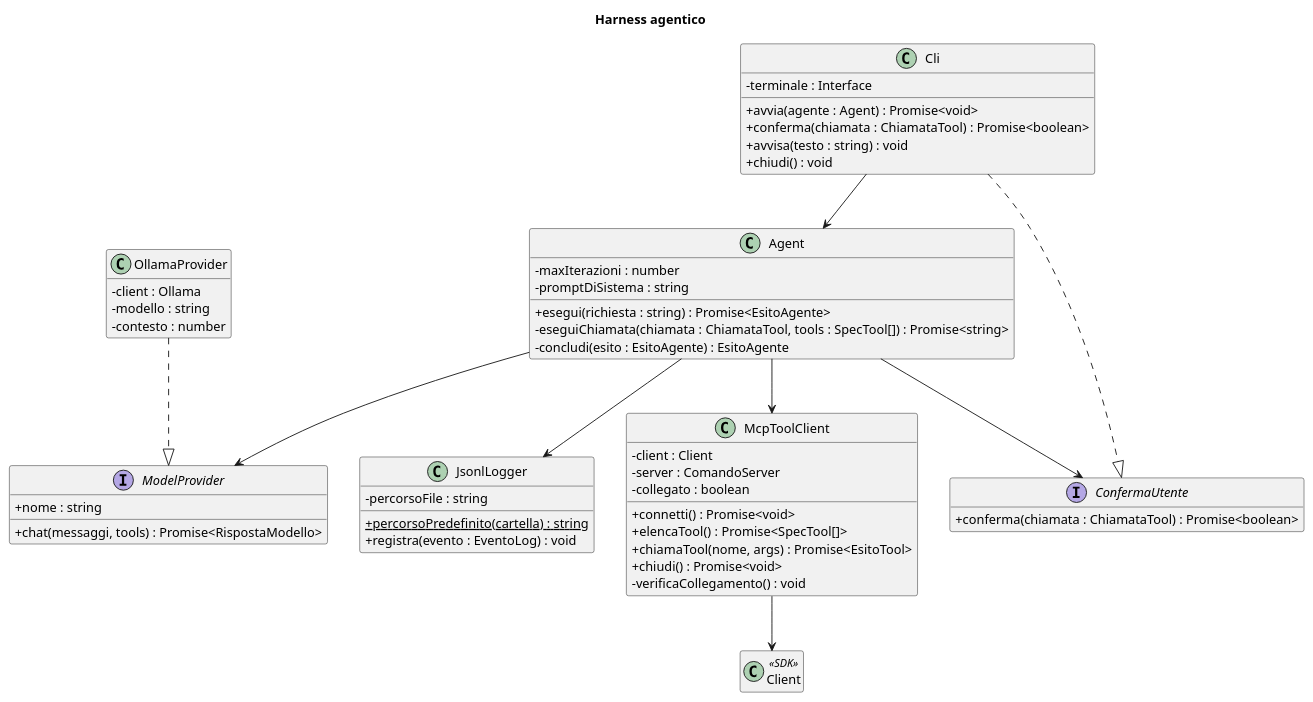
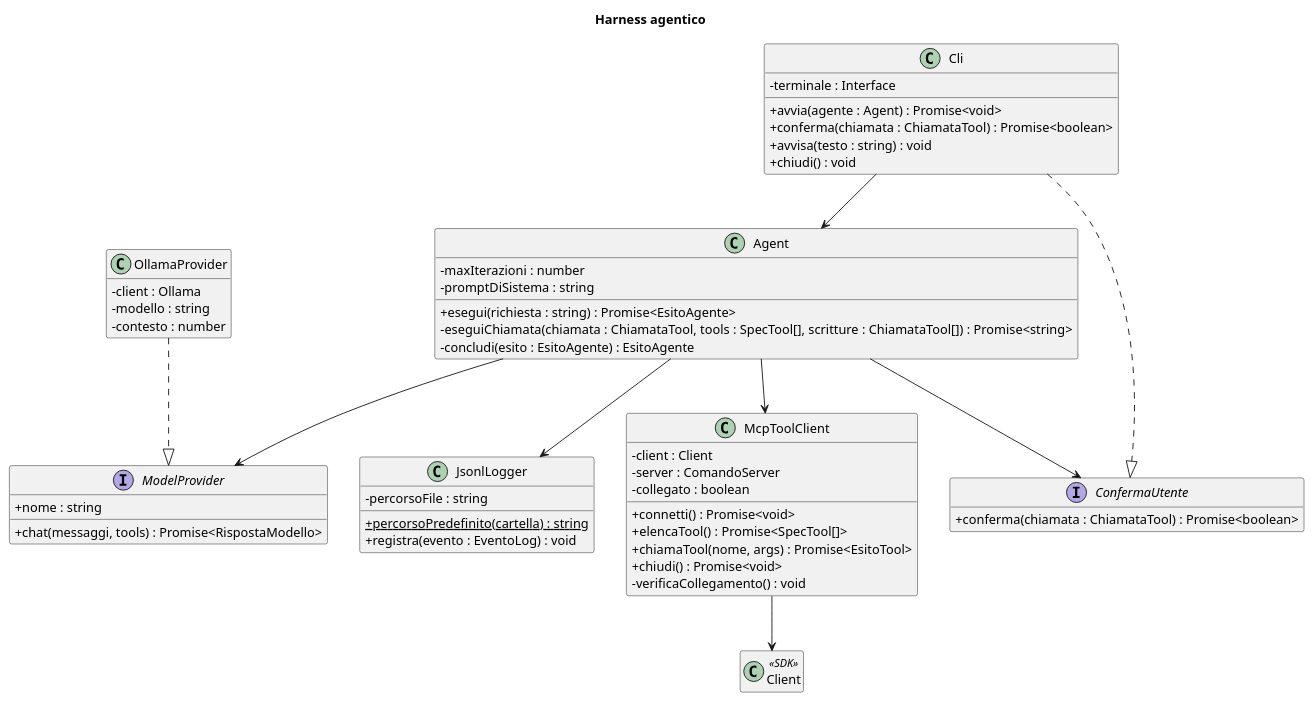
One commit to LeoDS99/pw26-agente-recall changed the diagram in docs/diagrammi/classi-harness.puml. Above: the diagram before and after it, drawn with PlantUML. The commit also changed 11 other files, not shown here.

Commit message:
Script degli scenari, modello predefinito gemma4:26b, regola del prompt sui tool, diagrammi, commenti e README allineati

```diff
--- a/docs/diagrammi/classi-harness.puml
+++ b/docs/diagrammi/classi-harness.puml
@@ -1,64 +1,64 @@
 @startuml classi-harness
 skinparam classAttributeIconSize 0
 hide empty members
 title Harness agentico
 
 class Client <<SDK>>
 
 class Cli {
   - terminale : Interface
   + avvia(agente : Agent) : Promise<void>
   + conferma(chiamata : ChiamataTool) : Promise<boolean>
   + avvisa(testo : string) : void
   + chiudi() : void
 }
 
 class Agent {
   - maxIterazioni : number
   - promptDiSistema : string
   + esegui(richiesta : string) : Promise<EsitoAgente>
-  - eseguiChiamata(chiamata : ChiamataTool, tools : SpecTool[]) : Promise<string>
+  - eseguiChiamata(chiamata : ChiamataTool, tools : SpecTool[], scritture : ChiamataTool[]) : Promise<string>
   - concludi(esito : EsitoAgente) : EsitoAgente
 }
 
 interface ModelProvider {
   + nome : string
   + chat(messaggi, tools) : Promise<RispostaModello>
 }
 
 class OllamaProvider {
   - client : Ollama
   - modello : string
   - contesto : number
 }
 
 interface ConfermaUtente {
   + conferma(chiamata : ChiamataTool) : Promise<boolean>
 }
 
 class McpToolClient {
   - client : Client
   - server : ComandoServer
   - collegato : boolean
   + connetti() : Promise<void>
   + elencaTool() : Promise<SpecTool[]>
   + chiamaTool(nome, args) : Promise<EsitoTool>
   + chiudi() : Promise<void>
   - verificaCollegamento() : void
 }
 
 class JsonlLogger {
   - percorsoFile : string
   + {static} percorsoPredefinito(cartella) : string
   + registra(evento : EventoLog) : void
 }
 
 Cli --> Agent
 Cli ..|> ConfermaUtente
 Agent --> ModelProvider
 Agent --> McpToolClient
 Agent --> ConfermaUtente
 Agent --> JsonlLogger
 OllamaProvider ..|> ModelProvider
 McpToolClient --> Client
 @enduml
```
